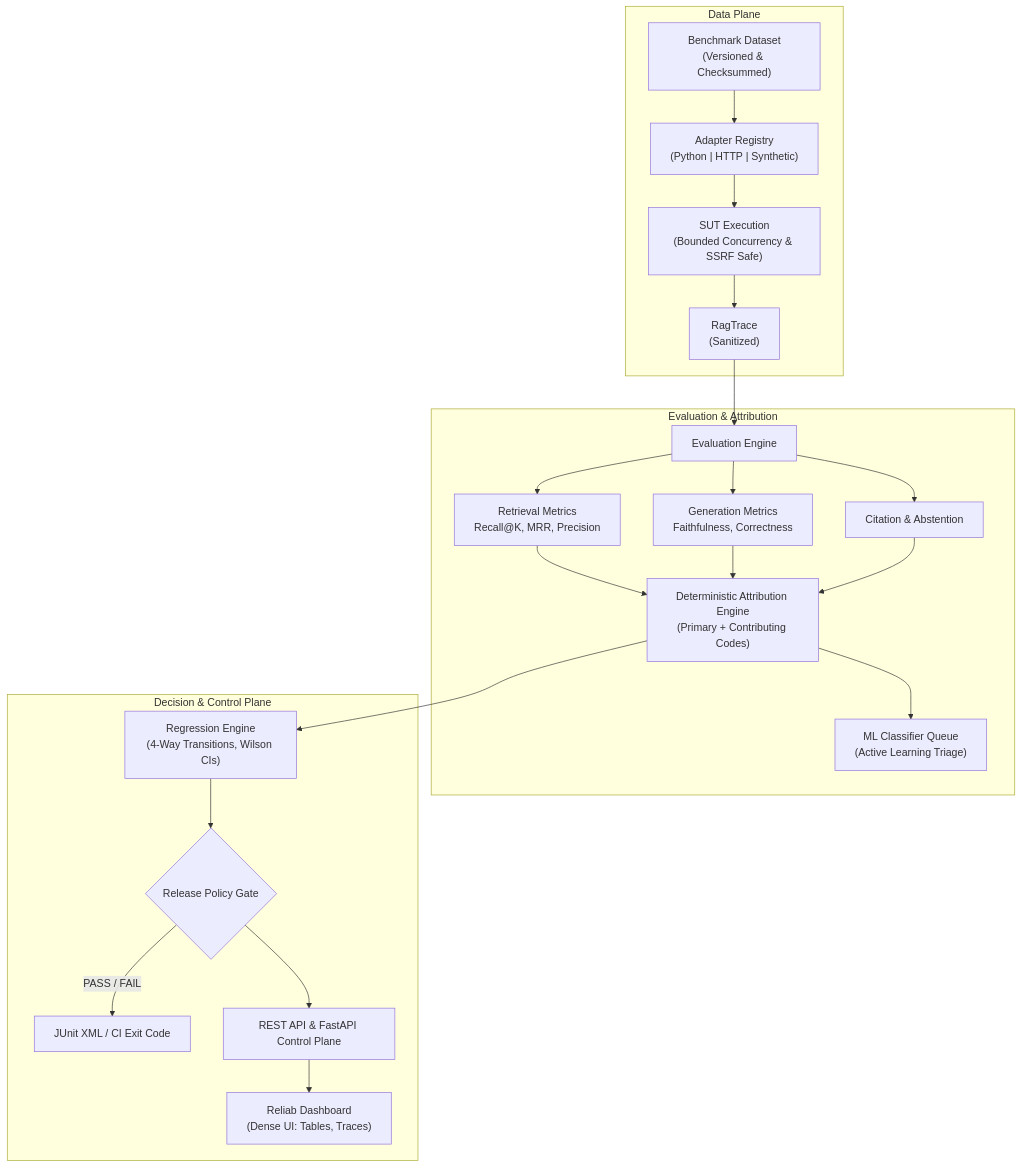
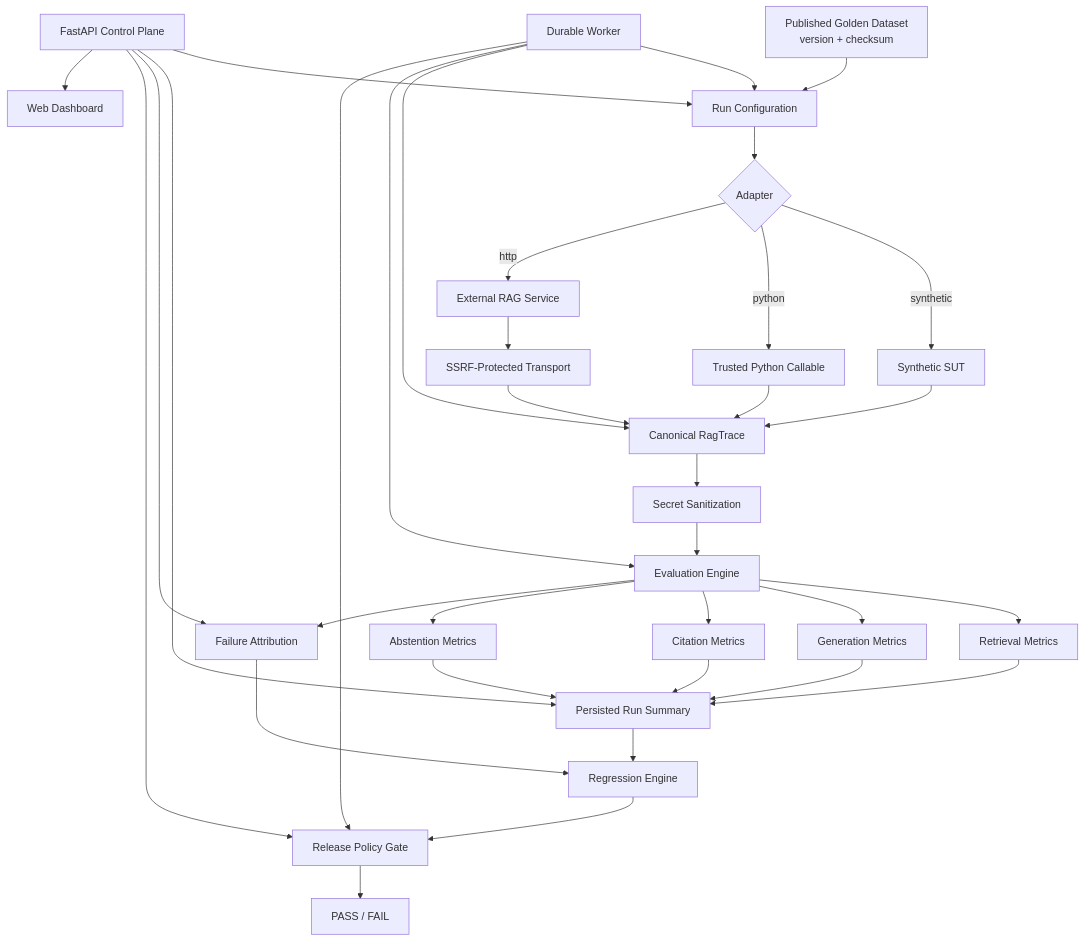
One commit to harsh-1o/Reliab changed the diagram in docs/architecture.md. Above: the diagram before and after it, drawn with Mermaid. The commit also changed other lines of this file and 5 other files, not shown here.

Commit message:
docs: align architecture, API, security, adapters, gates, and metrics

````diff
--- a/docs/architecture.md
+++ b/docs/architecture.md
@@ -11,25 +7,36 @@
 ```mermaid
 flowchart TD
-    subgraph DataPlane["Data Plane"]
-        A["Benchmark Dataset<br/>(Versioned & Checksummed)"] --> B["Adapter Registry<br/>(Python | HTTP | Synthetic)"]
-        B --> C["SUT Execution<br/>(Bounded Concurrency & SSRF Safe)"]
-        C --> D["RagTrace<br/>(Sanitized)"]
-    end
-
-    subgraph EvalPlane["Evaluation & Attribution"]
-        D --> E["Evaluation Engine"]
-        E --> F1["Retrieval Metrics<br/>Recall@K, MRR, Precision"]
-        E --> F2["Generation Metrics<br/>Faithfulness, Correctness"]
-        E --> F3["Citation & Abstention"]
-        F1 & F2 & F3 --> G["Deterministic Attribution Engine<br/>(Primary + Contributing Codes)"]
-        G --> H["ML Classifier Queue<br/>(Active Learning Triage)"]
-    end
-
-    subgraph DecisionPlane["Decision & Control Plane"]
-        G --> I["Regression Engine<br/>(4-Way Transitions, Wilson CIs)"]
-        I --> J{"Release Policy Gate"}
-        J -->|"PASS / FAIL"| K["JUnit XML / CI Exit Code"]
-        J --> L["REST API & FastAPI Control Plane"]
-        L --> M["Reliab Dashboard<br/>(Dense UI: Tables, Traces)"]
-    end
+    A["Published Golden Dataset<br/>version + checksum"] --> B["Run Configuration"]
+    B --> C{"Adapter"}
+    C -->|"synthetic"| D["Synthetic SUT"]
+    C -->|"python"| E["Trusted Python Callable"]
+    C -->|"http"| F["External RAG Service"]
+    F --> G["SSRF-Protected Transport"]
+    D --> H["Canonical RagTrace"]
+    E --> H
+    G --> H
+    H --> I["Secret Sanitization"]
+    I --> J["Evaluation Engine"]
+    J --> K1["Retrieval Metrics"]
+    J --> K2["Generation Metrics"]
+    J --> K3["Citation Metrics"]
+    J --> K4["Abstention Metrics"]
+    K1 --> L["Persisted Run Summary"]
+    K2 --> L
+    K3 --> L
+    K4 --> L
+    J --> M["Failure Attribution"]
+    L --> N["Regression Engine"]
+    M --> N
+    N --> O["Release Policy Gate"]
+    O --> P["PASS / FAIL"]
+    Q["FastAPI Control Plane"] --> B
+    Q --> L
+    Q --> M
+    Q --> O
+    R["Durable Worker"] --> B
+    R --> H
+    R --> J
+    R --> O
+    Q --> S["Web Dashboard"]
 ```
````
